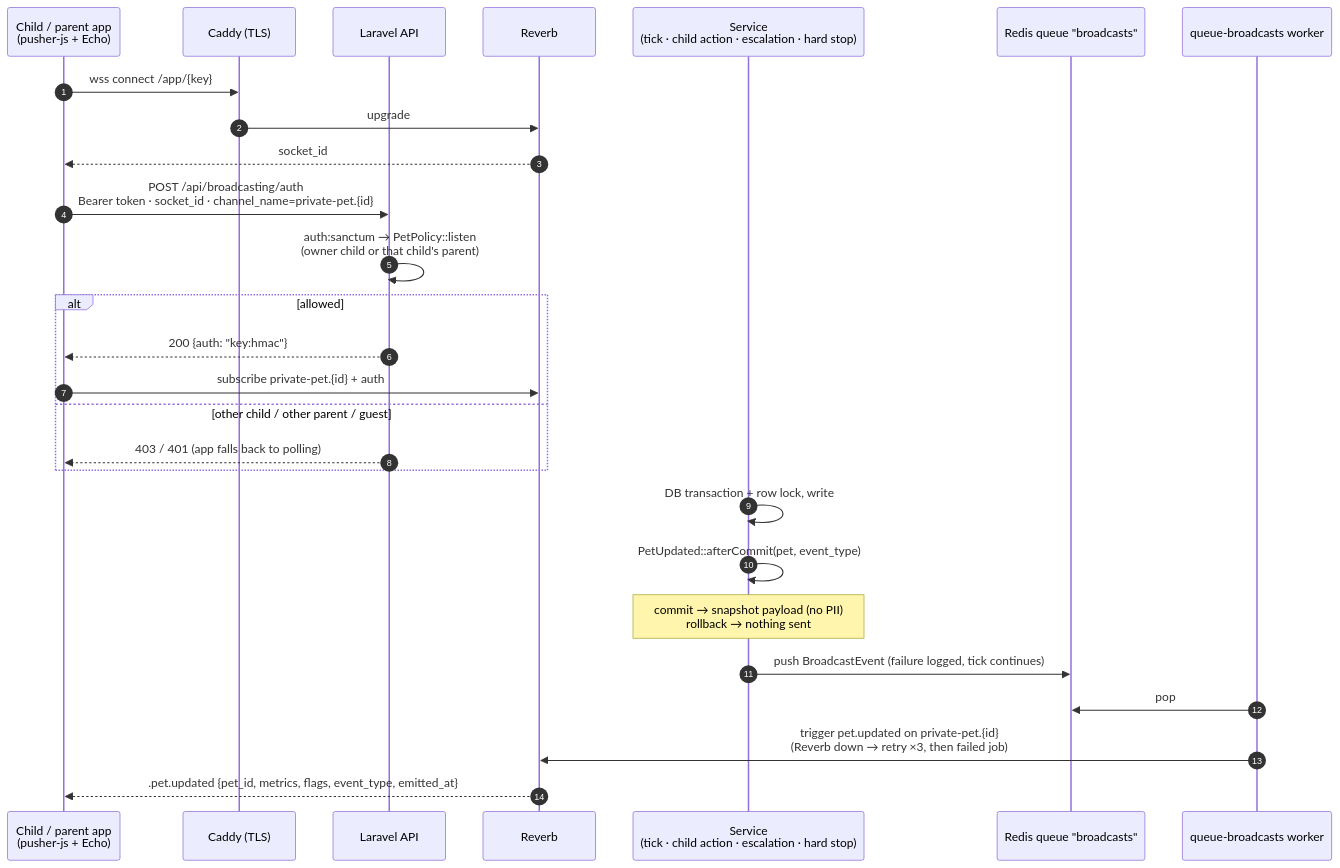
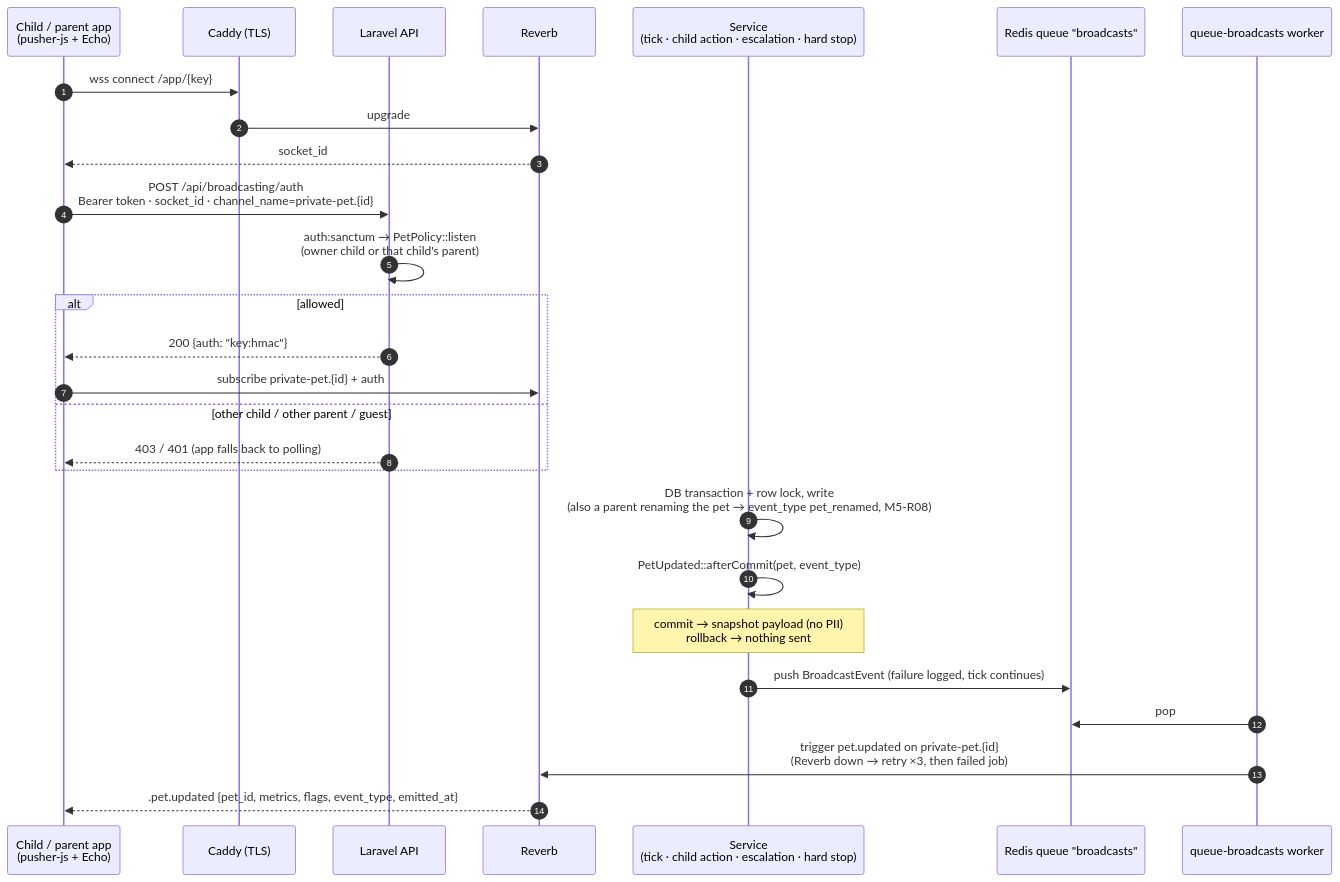
One commit to DataVallis/pet-prep changed diagram 31 of 54 in docs/engineering/DIAGRAMS.md. Above: the diagram before and after it, drawn with Mermaid. The commit also changed other lines of this file and 24 other files, not shown here.

First line of the commit message:
feat(backend): optional pet name set by a parent [M5-R08]

````diff
--- a/docs/engineering/DIAGRAMS.md
+++ b/docs/engineering/DIAGRAMS.md
@@ -979,31 +980,31 @@
 ```mermaid
 sequenceDiagram
   autonumber
   participant App as Child / parent app<br/>(pusher-js + Echo)
   participant Caddy as Caddy (TLS)
   participant API as Laravel API
   participant Rev as Reverb
   participant Svc as Service<br/>(tick · child action · escalation · hard stop)
   participant Redis as Redis queue "broadcasts"
   participant W as queue-broadcasts worker
 
   App->>Caddy: wss connect /app/{key}
   Caddy->>Rev: upgrade
   Rev-->>App: socket_id
   App->>API: POST /api/broadcasting/auth<br/>Bearer token · socket_id · channel_name=private-pet.{id}
   API->>API: auth:sanctum → PetPolicy::listen<br/>(owner child or that child's parent)
   alt allowed
     API-->>App: 200 {auth: "key:hmac"}
     App->>Rev: subscribe private-pet.{id} + auth
   else other child / other parent / guest
     API-->>App: 403 / 401 (app falls back to polling)
   end
 
-  Svc->>Svc: DB transaction + row lock, write
+  Svc->>Svc: DB transaction + row lock, write<br/>(also a parent renaming the pet → event_type pet_renamed, M5-R08)
   Svc->>Svc: PetUpdated::afterCommit(pet, event_type)
   Note over Svc: commit → snapshot payload (no PII)<br/>rollback → nothing sent
   Svc->>Redis: push BroadcastEvent (failure logged, tick continues)
   W->>Redis: pop
   W->>Rev: trigger pet.updated on private-pet.{id}<br/>(Reverb down → retry ×3, then failed job)
   Rev-->>App: .pet.updated {pet_id, metrics, flags, event_type, emitted_at}
 ```
````
